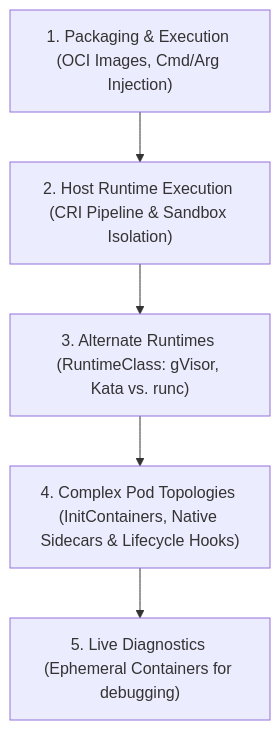
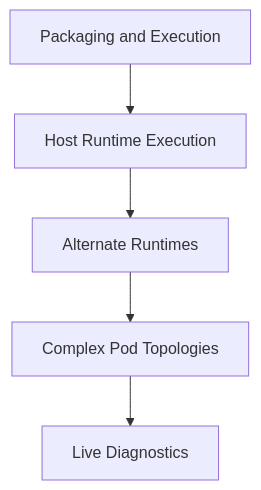
The first of 3 diagrams in Reference Notes/05_containers_runtimes_and_lifecycle.md (kmashour/BrainDump), drawn with Mermaid before and after one commit. The commit also changed 15 other files, not shown here.

Commit message:
docs: simplify cognitive map mermaid syntax for general compatibility

````diff
--- a/Reference Notes/05_containers_runtimes_and_lifecycle.md
+++ b/Reference Notes/05_containers_runtimes_and_lifecycle.md
@@ -11,7 +11,7 @@
 ```mermaid
 graph TD
-    A["1. Packaging & Execution (OCI Images, Cmd/Arg Injection)"] --> B["2. Host Runtime Execution (CRI Pipeline & Sandbox Isolation)"]
-    B --> C["3. Alternate Runtimes (RuntimeClass: gVisor, Kata vs. runc)"]
-    C --> D["4. Complex Pod Topologies (InitContainers, Native Sidecars & Lifecycle Hooks)"]
-    D --> E["5. Live Diagnostics (Ephemeral Containers for debugging)"]
+    A["Packaging and Execution"] --> B["Host Runtime Execution"]
+    B --> C["Alternate Runtimes"]
+    C --> D["Complex Pod Topologies"]
+    D --> E["Live Diagnostics"]
 ```
````
